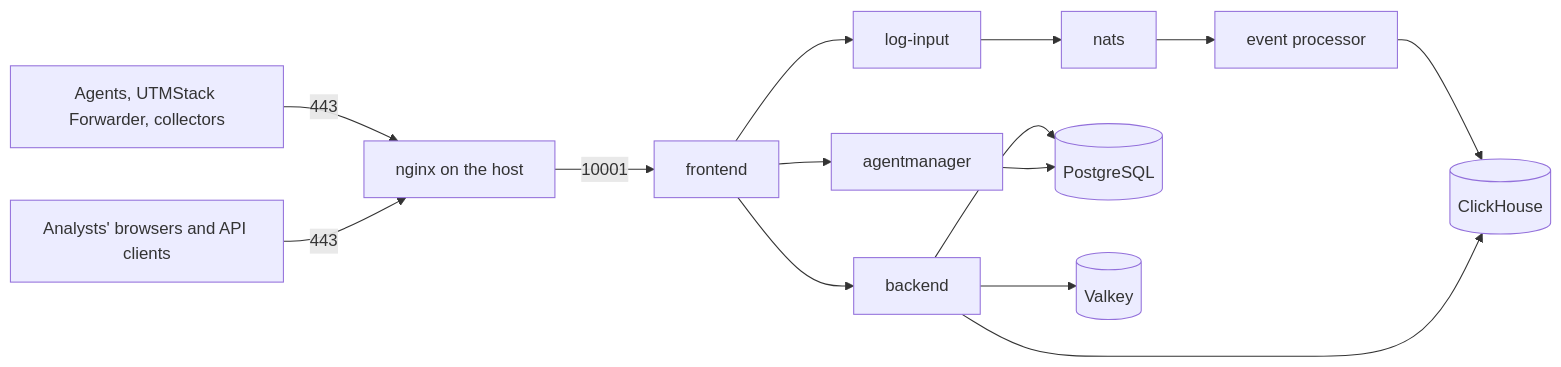
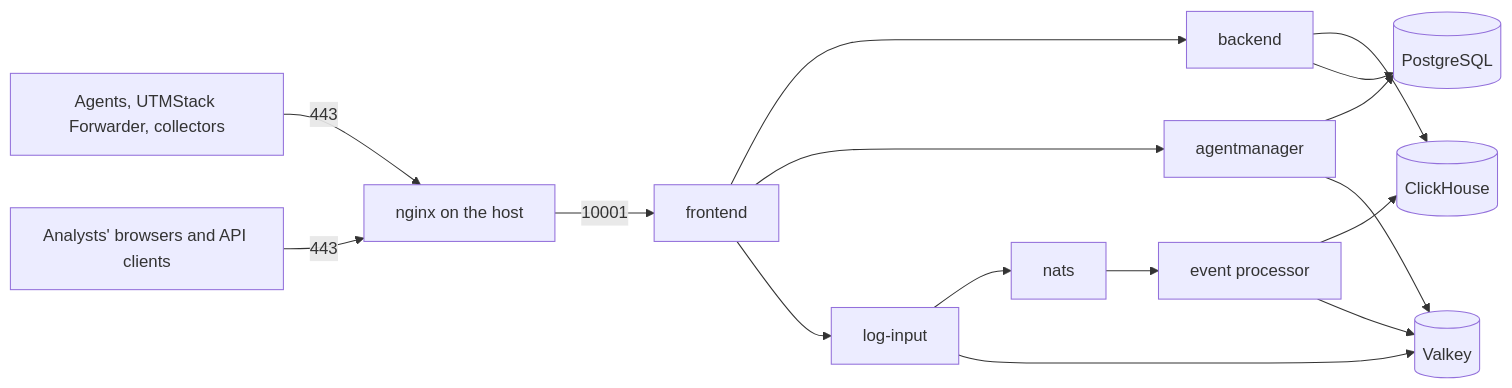
Before and after one commit to utmstack/Documentation: the diagram in 12-x/siem/installation/architecture.mdx, drawn with Mermaid. The commit also changed other lines of this file and 301 other files, not shown here.

````diff
--- a/12-x/siem/installation/architecture.mdx
+++ b/12-x/siem/installation/architecture.mdx
@@ -17,16 +17,18 @@
 ```mermaid
 graph LR
     A[Agents, UTMStack Forwarder, collectors] -->|443| N[nginx on the host]
     U[Analysts' browsers and API clients] -->|443| N
     N -->|10001| F[frontend]
     F --> B[backend]
     F --> AM[agentmanager]
     F --> LI[log-input]
     LI --> Q[nats]
     Q --> EP[event processor]
     EP --> CH[(ClickHouse)]
     B --> CH
     B --> PG[(PostgreSQL)]
-    B --> V[(Valkey)]
     AM --> PG
+    AM --> V[(Valkey)]
+    LI --> V
+    EP --> V
 ```
````
